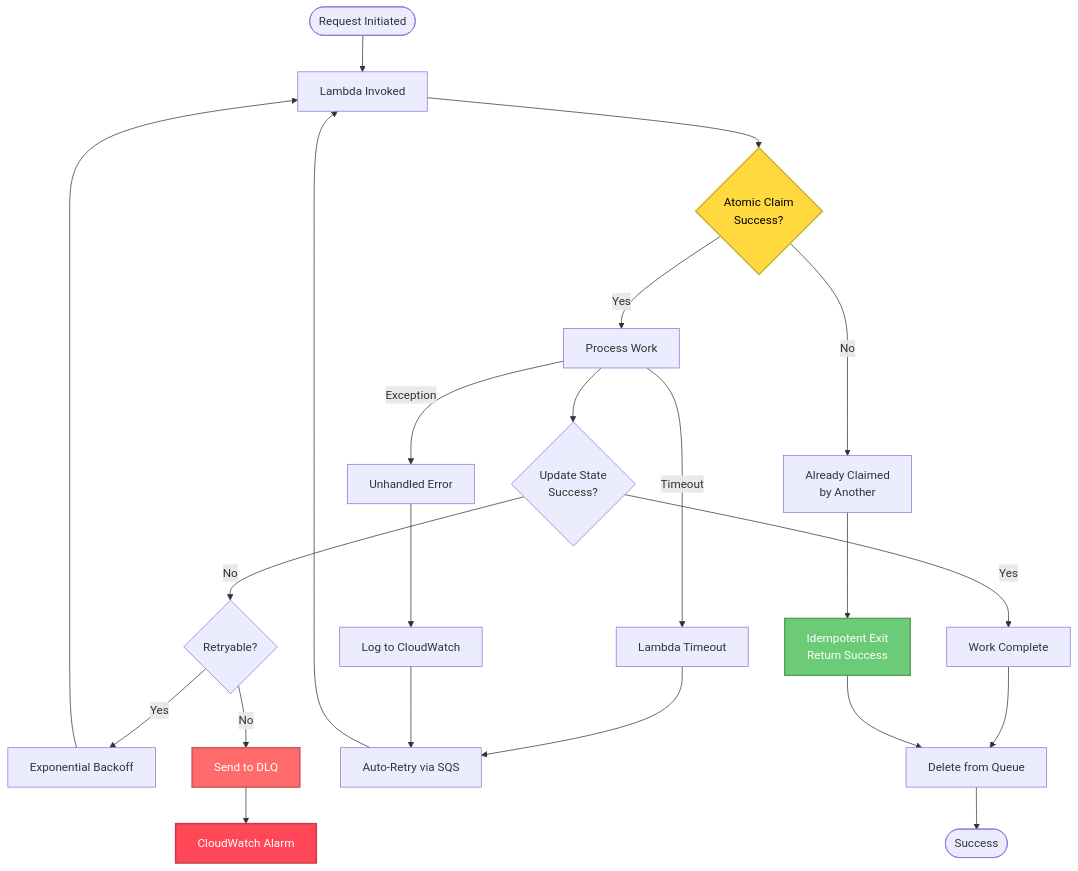
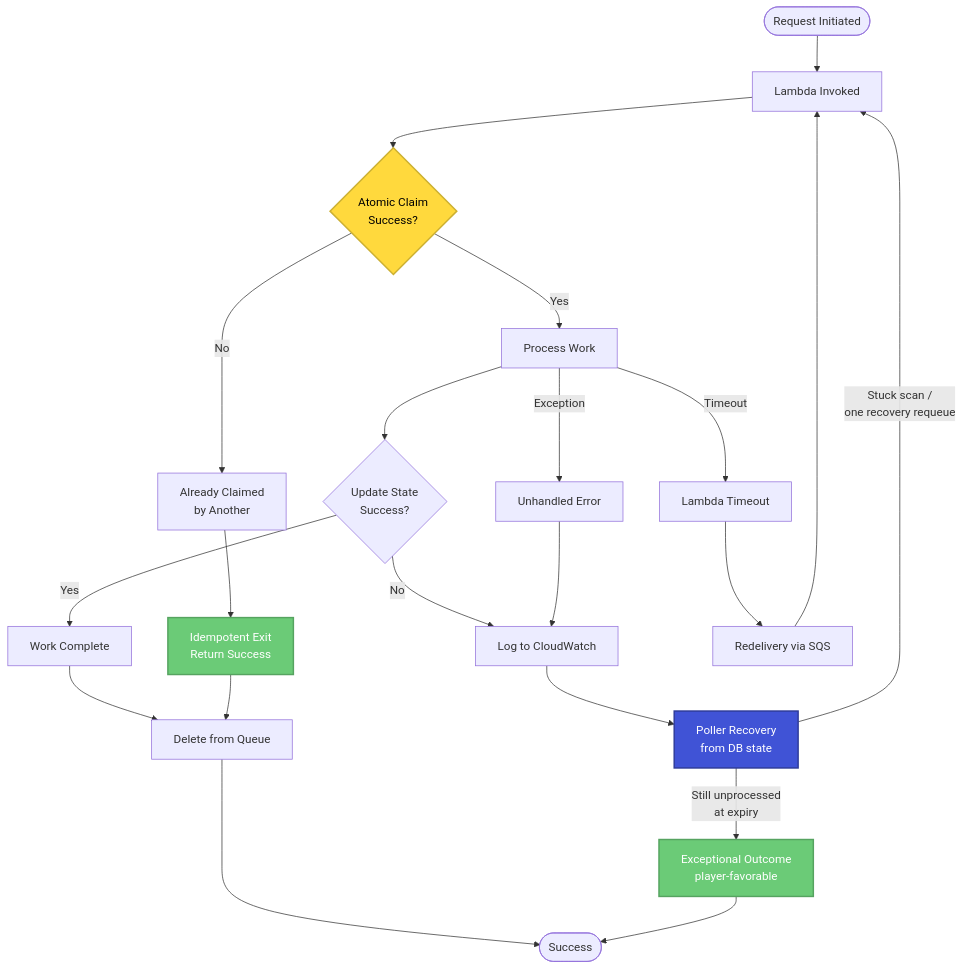
Before and after one commit to darkrelics/eidolon-engine: diagram 14 of 14 in documentation/incremental-architecture-diagrams.md, drawn with Mermaid. The commit also changed other lines of this file and 22 other files, not shown here.

````diff
--- a/documentation/incremental-architecture-diagrams.md
+++ b/documentation/incremental-architecture-diagrams.md
@@ -650,40 +659,38 @@
 ```mermaid
 flowchart TD
     Start([Request Initiated]) --> Lambda[Lambda Invoked]
 
     Lambda --> Claim{Atomic Claim<br/>Success?}
 
     Claim -->|Yes| Process[Process Work]
     Claim -->|No| AlreadyClaimed[Already Claimed<br/>by Another]
 
     AlreadyClaimed --> IdemExit[Idempotent Exit<br/>Return Success]
 
     Process --> Update{Update State<br/>Success?}
 
     Update -->|Yes| Complete[Work Complete]
-    Update -->|No| Retry{Retryable?}
-
-    Retry -->|Yes| Backoff[Exponential Backoff]
-    Retry -->|No| DLQ[Send to DLQ]
-
-    Backoff --> Lambda
+    Update -->|No| Logged[Log to CloudWatch]
 
     Process -->|Timeout| Timeout[Lambda Timeout]
-    Timeout --> Requeue[Auto-Retry via SQS]
+    Timeout --> Requeue[Redelivery via SQS]
     Requeue --> Lambda
 
     Process -->|Exception| Exception[Unhandled Error]
-    Exception --> Logged[Log to CloudWatch]
-    Logged --> Requeue
+    Exception --> Logged
+
+    Logged --> Poller[Poller Recovery<br/>from DB state]
+    Poller -->|Stuck scan /<br/>one recovery requeue| Lambda
+    Poller -->|Still unprocessed<br/>at expiry| Exceptional[Exceptional Outcome<br/>player-favorable]
 
     Complete --> Cleanup[Delete from Queue]
     IdemExit --> Cleanup
 
     Cleanup --> End([Success])
-    DLQ --> Alert[CloudWatch Alarm]
+    Exceptional --> End
 
     style Claim fill:#FFD93D,stroke:#CCB031,stroke-width:2px,color:#000
     style IdemExit fill:#6BCB77,stroke:#56A360,stroke-width:2px,color:#fff
-    style DLQ fill:#FF6B6B,stroke:#CC5555,stroke-width:2px,color:#fff
-    style Alert fill:#FF4757,stroke:#CC3946,stroke-width:2px,color:#fff
+    style Poller fill:#4053D6,stroke:#2E3B99,stroke-width:2px,color:#fff
+    style Exceptional fill:#6BCB77,stroke:#56A360,stroke-width:2px,color:#fff
 ```
````
